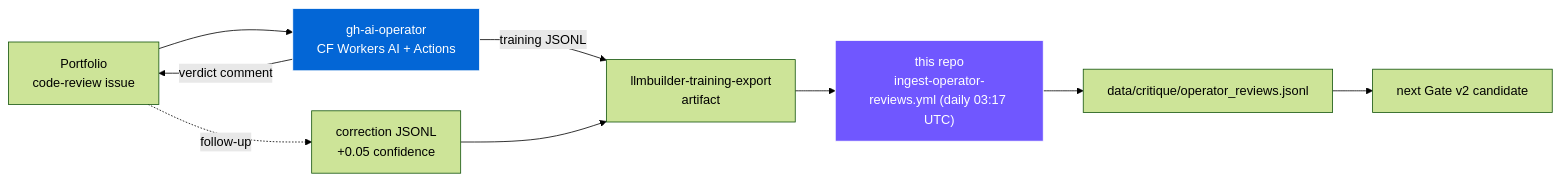
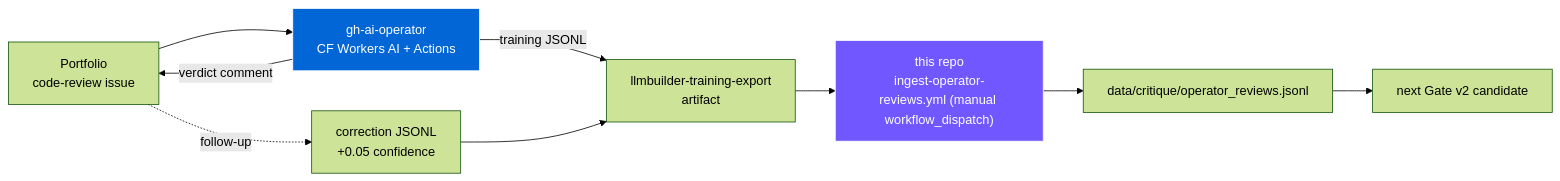
Before and after one commit to GareBear99/arc-neuron-llmbuilder-v1.0.0: the first of 4 diagrams in README.md, drawn with Mermaid (forest theme). The commit also changed other lines of this file, not shown here.

Commit message:
Update manual ingest documentation (#8)

````diff
--- a/README.md
+++ b/README.md
@@ -56,13 +56,13 @@
 ```mermaid
 flowchart LR
     P["Portfolio<br/>code-review issue"] --> OP["gh-ai-operator<br/>CF Workers AI + Actions"]
     OP -- "verdict comment" --> P
     OP -- "training JSONL" --> A["llmbuilder-training-export<br/>artifact"]
-    A --> IN["this repo<br/>ingest-operator-reviews.yml (daily 03:17 UTC)"]
+    A --> IN["this repo<br/>ingest-operator-reviews.yml (manual workflow_dispatch)"]
     IN --> C["data/critique/operator_reviews.jsonl"]
     C --> G["next Gate v2 candidate"]
     P -. follow-up .-> COR["correction JSONL<br/>+0.05 confidence"]
     COR --> A
     style OP fill:#0366d6,stroke:#fff,color:#fff
     style IN fill:#7057ff,stroke:#fff,color:#fff
 ```
````
